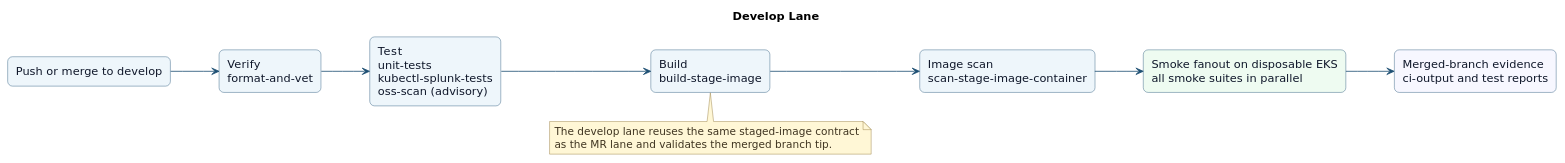
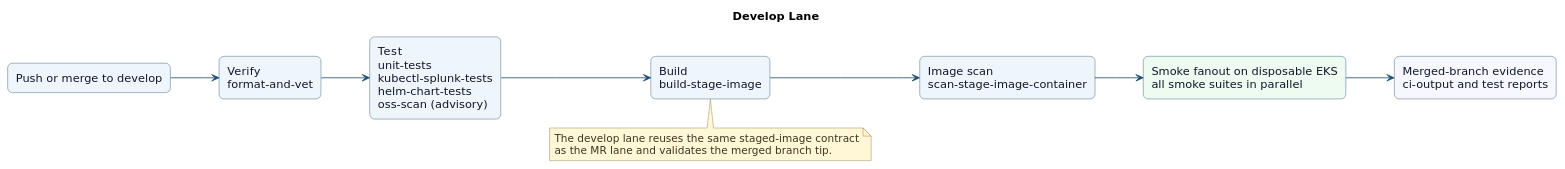
Before and after one commit to splunk/splunk-operator: the diagram in gitlab-ci/diagrams/develop-lane.puml, drawn with PlantUML. The commit also changed 75 other files, not shown here.

Commit message:
CSPL-4873: feat: add splunk-universalforwarder Helm chart (stateless-by-default, Deployment-only)

```diff
--- a/gitlab-ci/diagrams/develop-lane.puml
+++ b/gitlab-ci/diagrams/develop-lane.puml
@@ -1,39 +1,39 @@
 @startuml
 title Develop Lane
 left to right direction
 skinparam Shadowing false
 skinparam DefaultFontName DejaVu Sans
 skinparam BackgroundColor white
 skinparam ArrowColor #1d4f73
 skinparam Rectangle {
   BorderColor #1d4f73
   BackgroundColor #eef6fb
   FontColor #0f172a
   RoundCorner 12
 }
 skinparam Note {
   BorderColor #8b6f2f
   BackgroundColor #fff7d6
   FontColor #3f3420
 }
 
 rectangle "Push or merge to develop" as trigger
 rectangle "Verify\nformat-and-vet" as verify
-rectangle "Test\nunit-tests\nkubectl-splunk-tests\noss-scan (advisory)" as test
+rectangle "Test\nunit-tests\nkubectl-splunk-tests\nhelm-chart-tests\noss-scan (advisory)" as test
 rectangle "Build\nbuild-stage-image" as build
 rectangle "Image scan\nscan-stage-image-container" as scan
 rectangle "Smoke fanout on disposable EKS\nall smoke suites in parallel" as smoke #eefbf1
 rectangle "Merged-branch evidence\nci-output and test reports" as evidence #f7f7ff
 
 trigger --> verify
 verify --> test
 test --> build
 build --> scan
 scan --> smoke
 smoke --> evidence
 
 note bottom of build
 The develop lane reuses the same staged-image contract
 as the MR lane and validates the merged branch tip.
 end note
 @enduml
```
